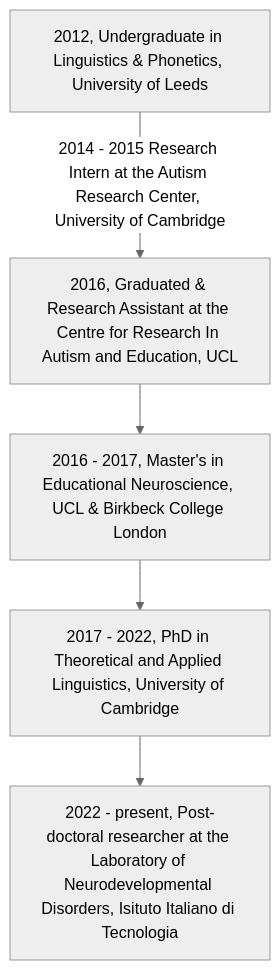
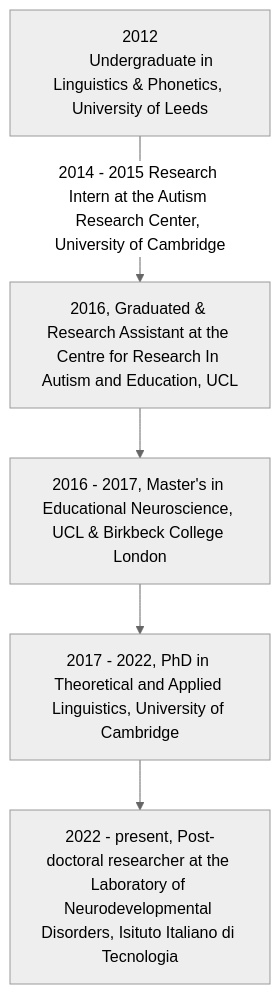
The diagram in README.md (sarahkaarina/sarahkaarina.github.io), drawn with Mermaid (neutral theme) before and after one commit.

````diff
--- a/README.md
+++ b/README.md
@@ -21,7 +21,8 @@
 ```mermaid
 graph TD;
-    A[2012, Undergraduate in Linguistics & Phonetics, University of Leeds]--> |2014 - 2015 Research Intern at the Autism Research Center, University of Cambridge| B[2016, Graduated & Research Assistant at the Centre for Research In Autism and Education, UCL];
+    A[2012
+      Undergraduate in Linguistics & Phonetics, University of Leeds]--> |2014 - 2015 Research Intern at the Autism Research Center, University of Cambridge| B[2016, Graduated & Research Assistant at the Centre for Research In Autism and Education, UCL];
     B-->C[2016 - 2017, Master's in Educational Neuroscience, UCL & Birkbeck College London];
     C-->D[2017 - 2022, PhD in Theoretical and Applied Linguistics, University of Cambridge];
     D-->E[2022 - present, Post-doctoral researcher at the Laboratory of Neurodevelopmental Disorders, Isituto Italiano di Tecnologia];
 ```
````
